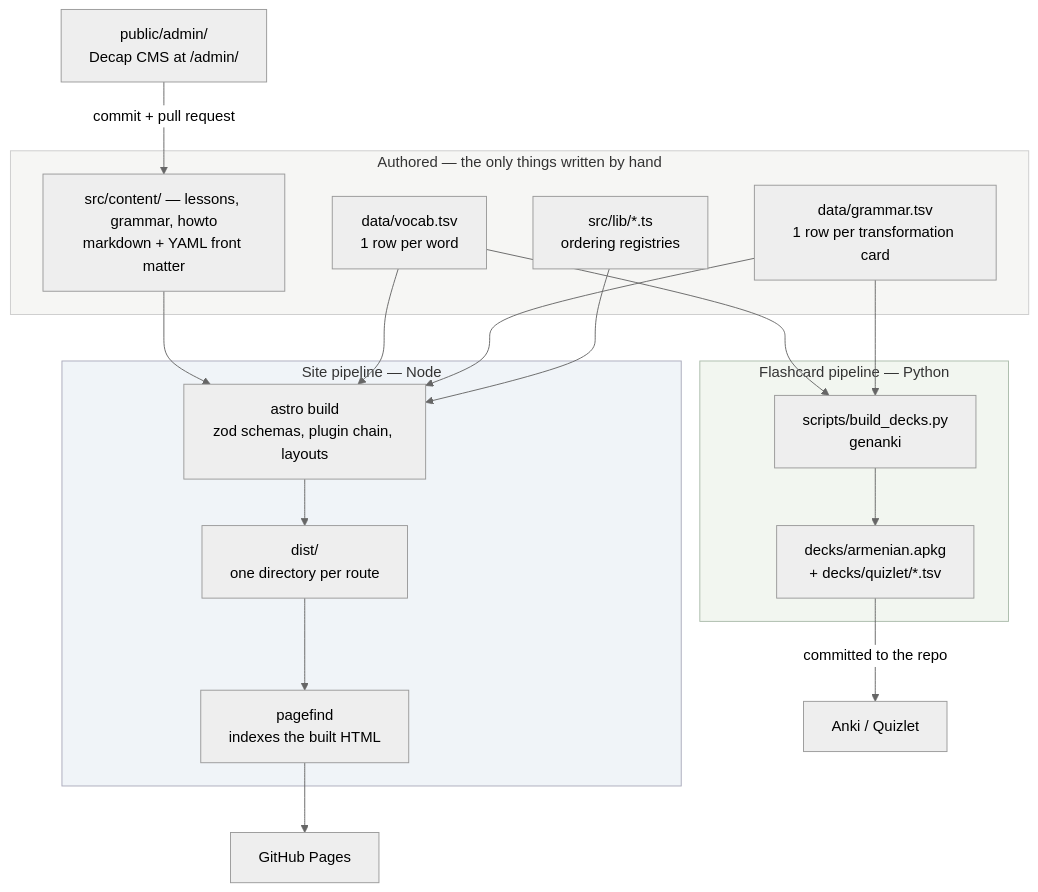
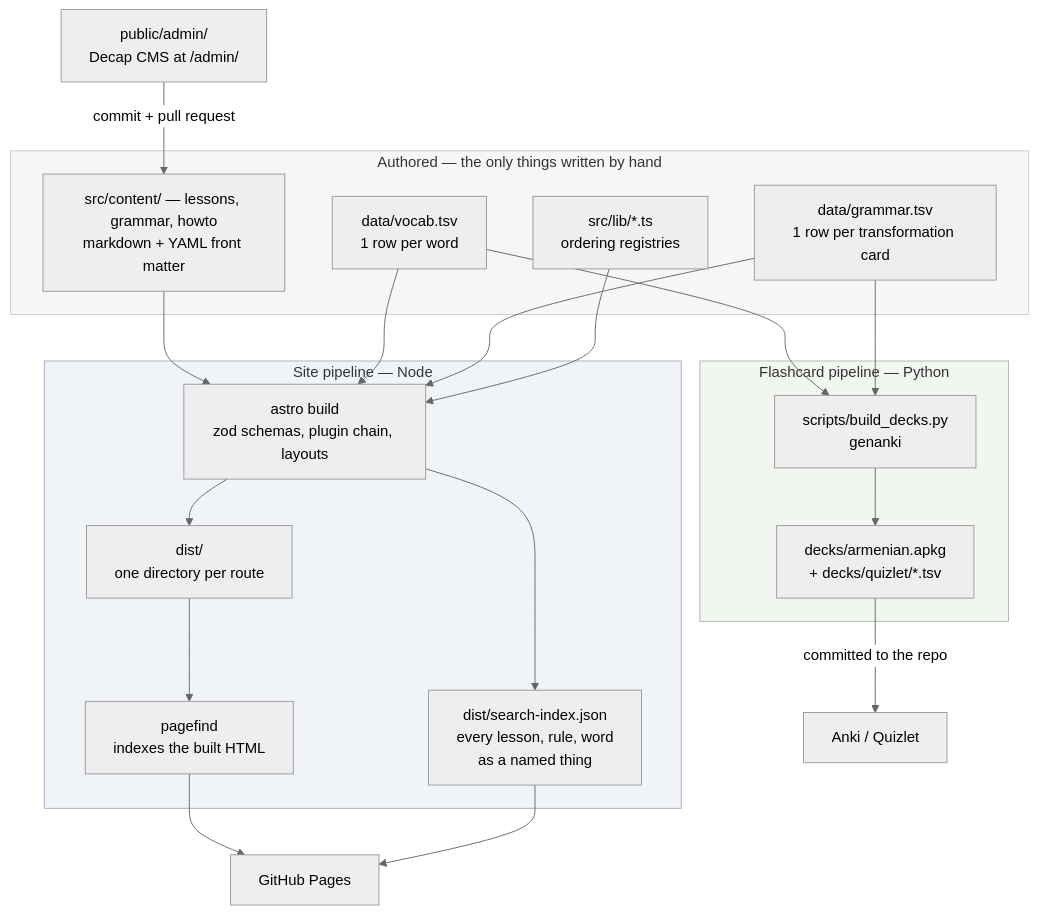
Before and after one commit to ivan-stetsiuk/armenian-knowledgebase: the first of 4 diagrams in ARCHITECTURE.md, drawn with Mermaid (neutral theme). The commit also changed other lines of this file and 12 other files, not shown here.

````diff
--- a/ARCHITECTURE.md
+++ b/ARCHITECTURE.md
@@ -11,38 +11,40 @@
 ```mermaid
 flowchart TD
     subgraph authored["Authored — the only things written by hand"]
         md["src/content/ — lessons, grammar, howto<br/>markdown + YAML front matter"]
         vocabTsv["data/vocab.tsv<br/>1 row per word"]
         grammarTsv["data/grammar.tsv<br/>1 row per transformation card"]
         registries["src/lib/*.ts<br/>ordering registries"]
     end
 
     cms["public/admin/<br/>Decap CMS at /admin/"]
     cms -->|"commit + pull request"| md
 
     subgraph site["Site pipeline — Node"]
         astro["astro build<br/>zod schemas, plugin chain, layouts"]
         pagefind["pagefind<br/>indexes the built HTML"]
+        searchidx["dist/search-index.json<br/>every lesson, rule, word<br/>as a named thing"]
         dist["dist/<br/>one directory per route"]
     end
 
     subgraph decks["Flashcard pipeline — Python"]
         builddecks["scripts/build_decks.py<br/>genanki"]
         apkg["decks/armenian.apkg<br/>+ decks/quizlet/*.tsv"]
     end
 
     md --> astro
     vocabTsv --> astro
     grammarTsv --> astro
     registries --> astro
     astro --> dist --> pagefind --> pages["GitHub Pages"]
+    astro --> searchidx --> pages
 
     vocabTsv --> builddecks
     grammarTsv --> builddecks
     builddecks --> apkg
     apkg -->|"committed to the repo"| anki["Anki / Quizlet"]
 
     style authored fill:#f6f6f4,stroke:#ccc
     style site fill:#f0f4f8,stroke:#aab
     style decks fill:#f2f6f0,stroke:#aba
 ```
````
